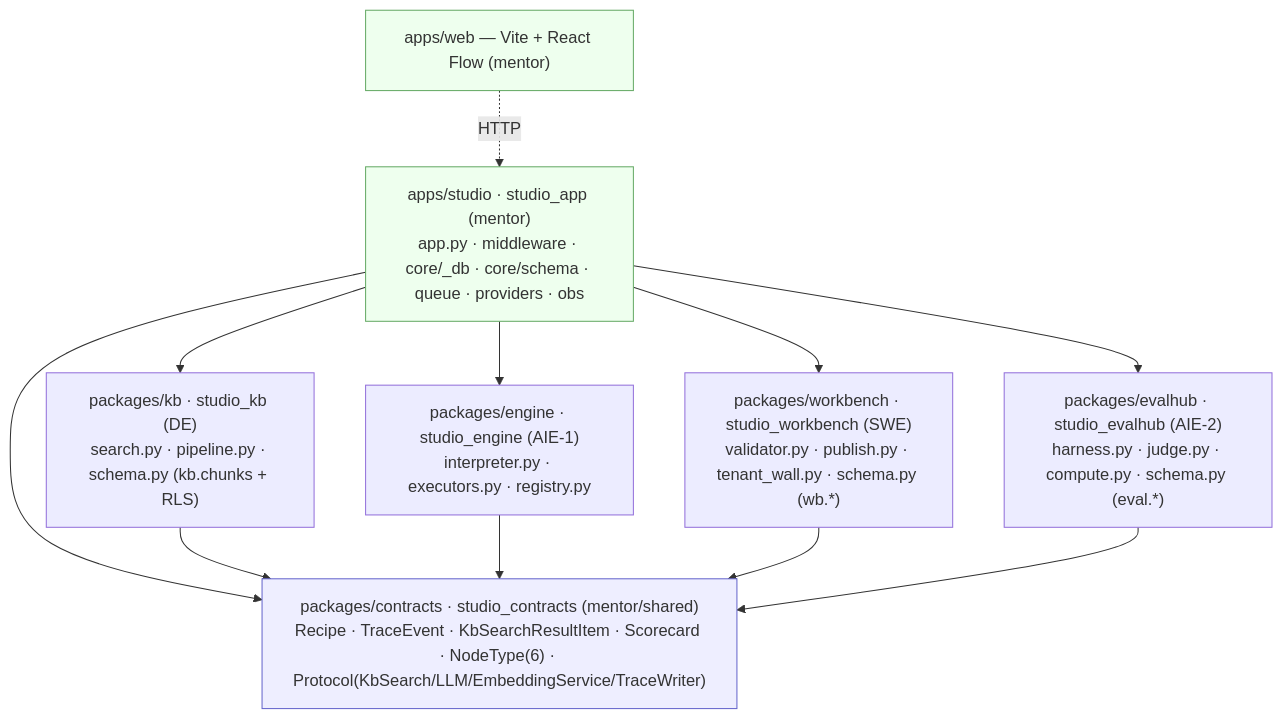
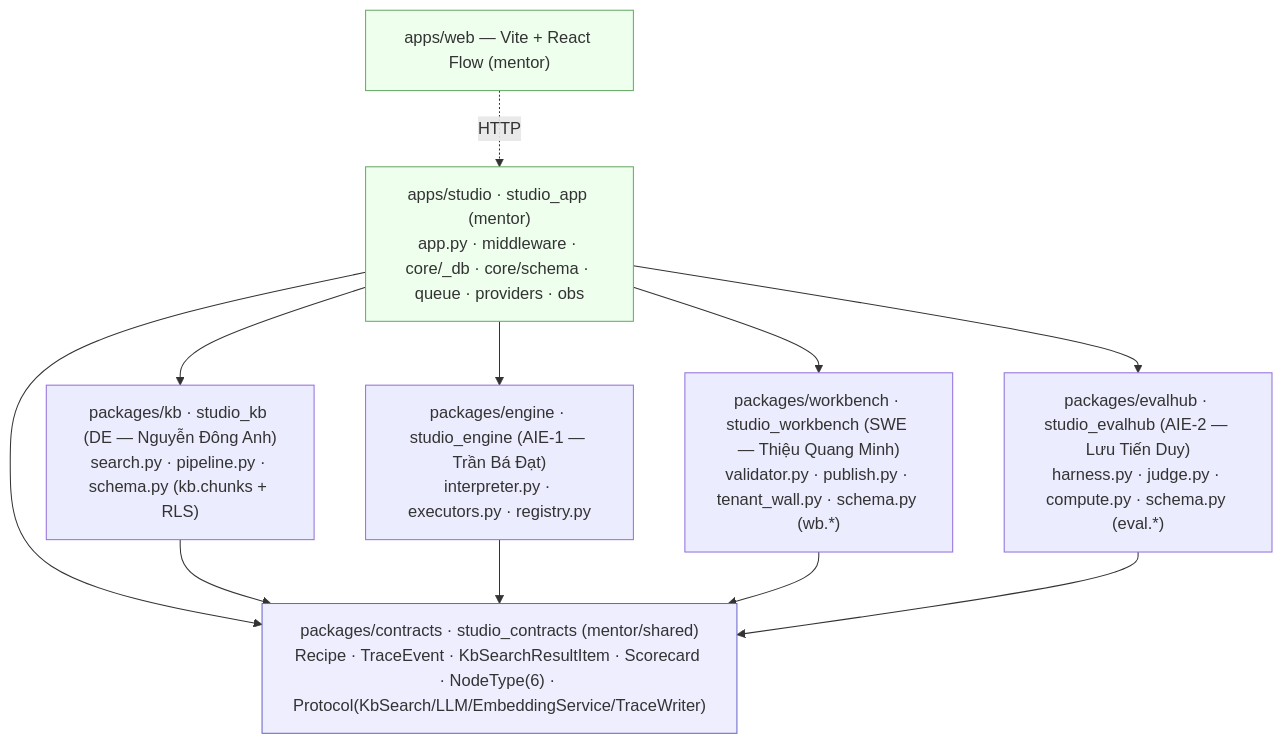
Before and after one commit to AI20K-VGR/agentcore-studio-kit: the first of 3 diagrams in README.md, drawn with Mermaid. The commit also changed other lines of this file and 4 other files, not shown here.

````diff
--- a/README.md
+++ b/README.md
@@ -55,26 +55,26 @@
 ```mermaid
 graph TD
     WEB["apps/web — Vite + React Flow (mentor)"]
     APP["apps/studio · studio_app (mentor)<br/>app.py · middleware · core/_db · core/schema · queue · providers · obs"]
-    KB["packages/kb · studio_kb (DE)<br/>search.py · pipeline.py · schema.py (kb.chunks + RLS)"]
-    ENG["packages/engine · studio_engine (AIE-1)<br/>interpreter.py · executors.py · registry.py"]
-    WB["packages/workbench · studio_workbench (SWE)<br/>validator.py · publish.py · tenant_wall.py · schema.py (wb.*)"]
-    EVAL["packages/evalhub · studio_evalhub (AIE-2)<br/>harness.py · judge.py · compute.py · schema.py (eval.*)"]
+    KB["packages/kb · studio_kb (DE — Nguyễn Đông Anh)<br/>search.py · pipeline.py · schema.py (kb.chunks + RLS)"]
+    ENG["packages/engine · studio_engine (AIE-1 — Trần Bá Đạt)<br/>interpreter.py · executors.py · registry.py"]
+    WB["packages/workbench · studio_workbench (SWE — Thiệu Quang Minh)<br/>validator.py · publish.py · tenant_wall.py · schema.py (wb.*)"]
+    EVAL["packages/evalhub · studio_evalhub (AIE-2 — Lưu Tiến Duy)<br/>harness.py · judge.py · compute.py · schema.py (eval.*)"]
     CON["packages/contracts · studio_contracts (mentor/shared)<br/>Recipe · TraceEvent · KbSearchResultItem · Scorecard · NodeType(6) · Protocol(KbSearch/LLM/EmbeddingService/TraceWriter)"]
 
     WEB -. HTTP .-> APP
     APP --> KB
     APP --> ENG
     APP --> WB
     APP --> EVAL
     APP --> CON
     KB --> CON
     ENG --> CON
     WB --> CON
     EVAL --> CON
 
     classDef bottom fill:#eef,stroke:#66c;
     classDef comp fill:#efe,stroke:#6a6;
     class CON bottom
     class APP,WEB comp
 ```
````
